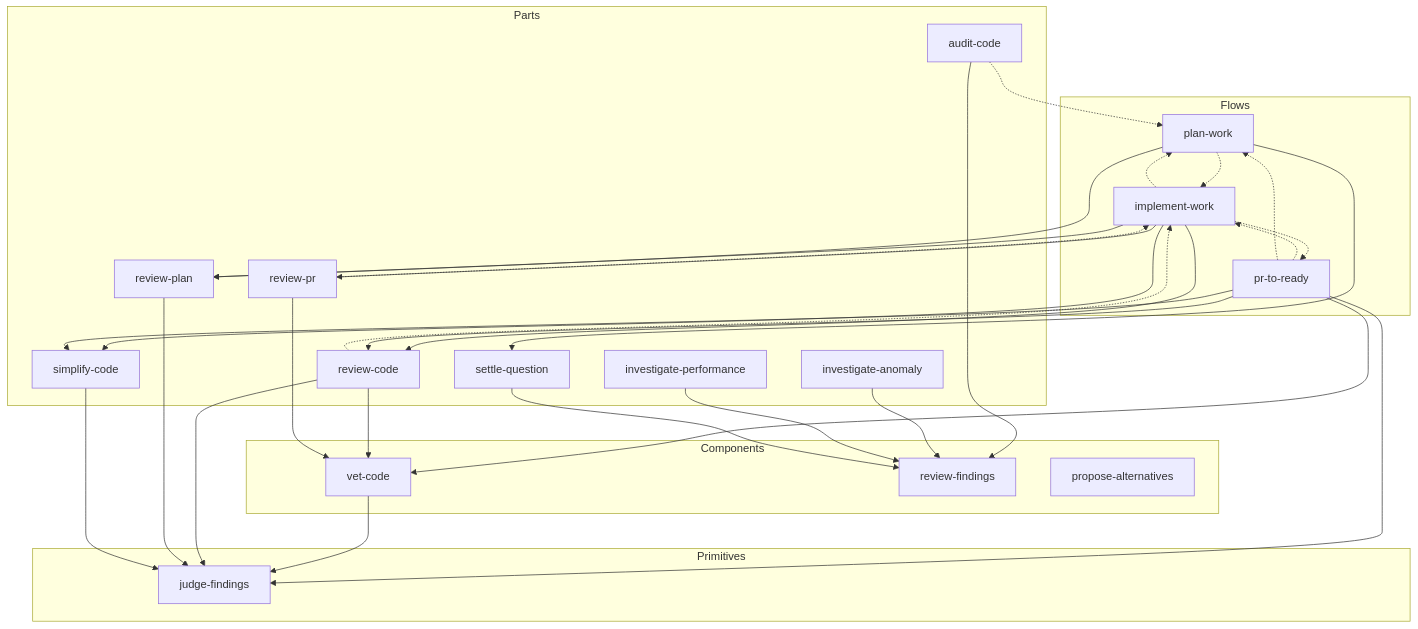
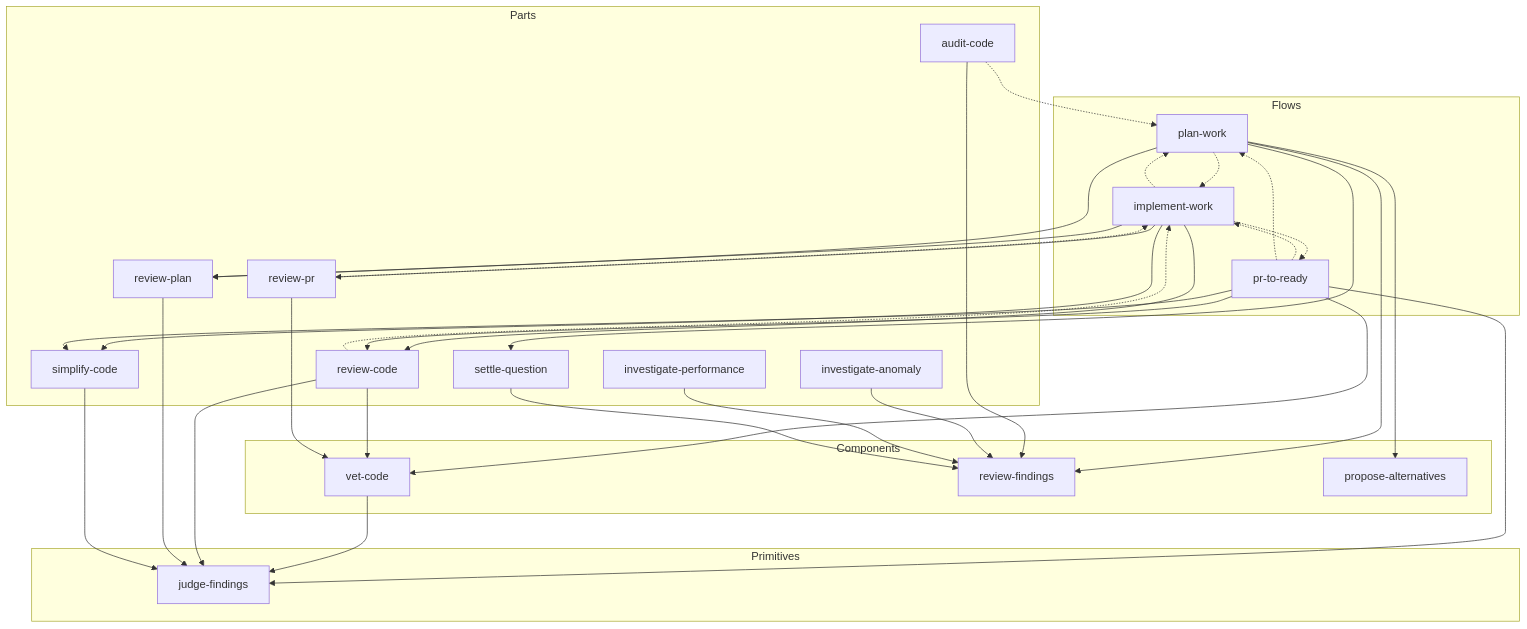
Before and after one commit to yowcow/dude: the first of 2 diagrams in README.md, drawn with Mermaid. The commit also changed 1 other file, not shown here.

Commit message:
plan-work: 入口で propose-alternatives を呼び、独自 proposer を外す
(c): 手段指定のときだけ独自ワーカーを出す文が残ると、目的だけの依頼では
#630 の「何もしない」経路が沈黙したまま Design agreement に進む。

Base-Branch: 631-add-propose-alternatives

````diff
--- a/README.md
+++ b/README.md
@@ -38,56 +38,58 @@
 ```mermaid
 flowchart TB
   subgraph Flows
     plan-work
     implement-work
     pr-to-ready
   end
   subgraph Parts
     review-code
     review-plan
     simplify-code
     review-pr
     audit-code
     settle-question
     investigate-anomaly
     investigate-performance
   end
   subgraph Components
     vet-code
     review-findings
     propose-alternatives
   end
   subgraph Primitives
     judge-findings
   end
 
   plan-work -.-> implement-work
   implement-work -.-> plan-work
   implement-work -.-> pr-to-ready
   pr-to-ready -.-> implement-work
   pr-to-ready -.-> plan-work
   review-code -.-> implement-work
   review-pr -.-> implement-work
   audit-code -.-> plan-work
 
   plan-work --> review-plan
   plan-work --> settle-question
+  plan-work --> propose-alternatives
+  plan-work --> review-findings
   implement-work --> review-code
   implement-work --> review-plan
   implement-work --> review-pr
   implement-work --> simplify-code
   pr-to-ready --> review-code
   pr-to-ready --> simplify-code
   pr-to-ready --> vet-code
   pr-to-ready --> judge-findings
   audit-code --> review-findings
   investigate-anomaly --> review-findings
   investigate-performance --> review-findings
   settle-question --> review-findings
   review-code --> vet-code
   review-pr --> vet-code
   vet-code --> judge-findings
   review-code --> judge-findings
   review-plan --> judge-findings
   simplify-code --> judge-findings
 ```
````
